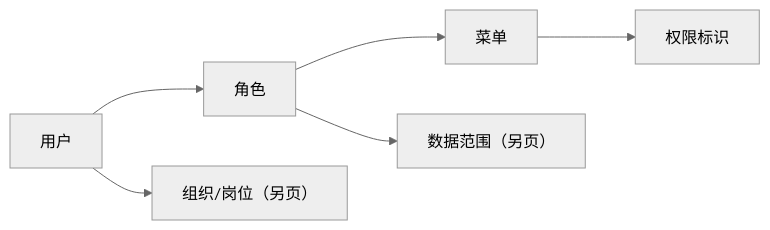
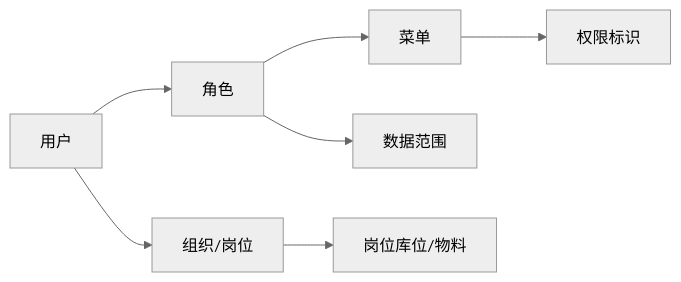
The diagram in docs/12-系统管理/03-用户与权限/index.md (jiargcn/MomProductDocument), drawn with Mermaid (neutral theme) before and after one commit. The commit also changed other lines of this file and 6 other files, not shown here.

````diff
--- a/docs/12-系统管理/03-用户与权限/index.md
+++ b/docs/12-系统管理/03-用户与权限/index.md
@@ -27,8 +29,9 @@
 ```mermaid
 flowchart LR
     U["用户"] --> R["角色"]
     R --> M["菜单"]
     M --> P["权限标识"]
-    R --> D["数据范围（另页）"]
-    U --> O["组织/岗位（另页）"]
+    R --> D["数据范围"]
+    U --> O["组织/岗位"]
+    O --> L["岗位库位/物料"]
 ```
````
